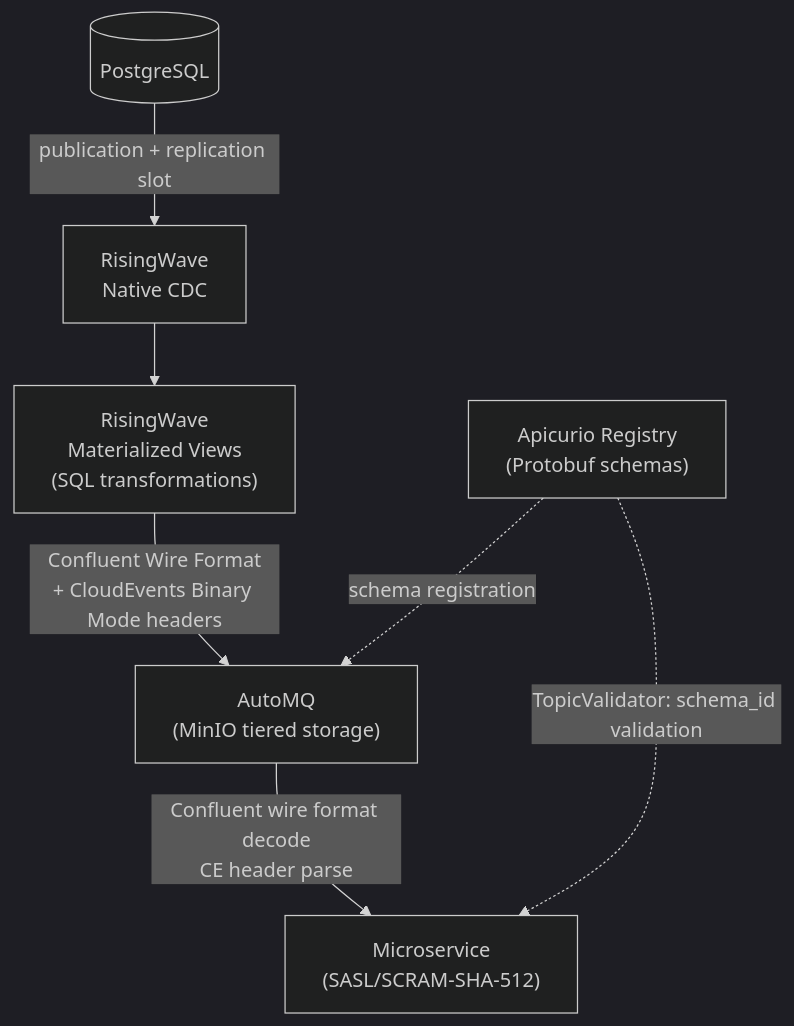
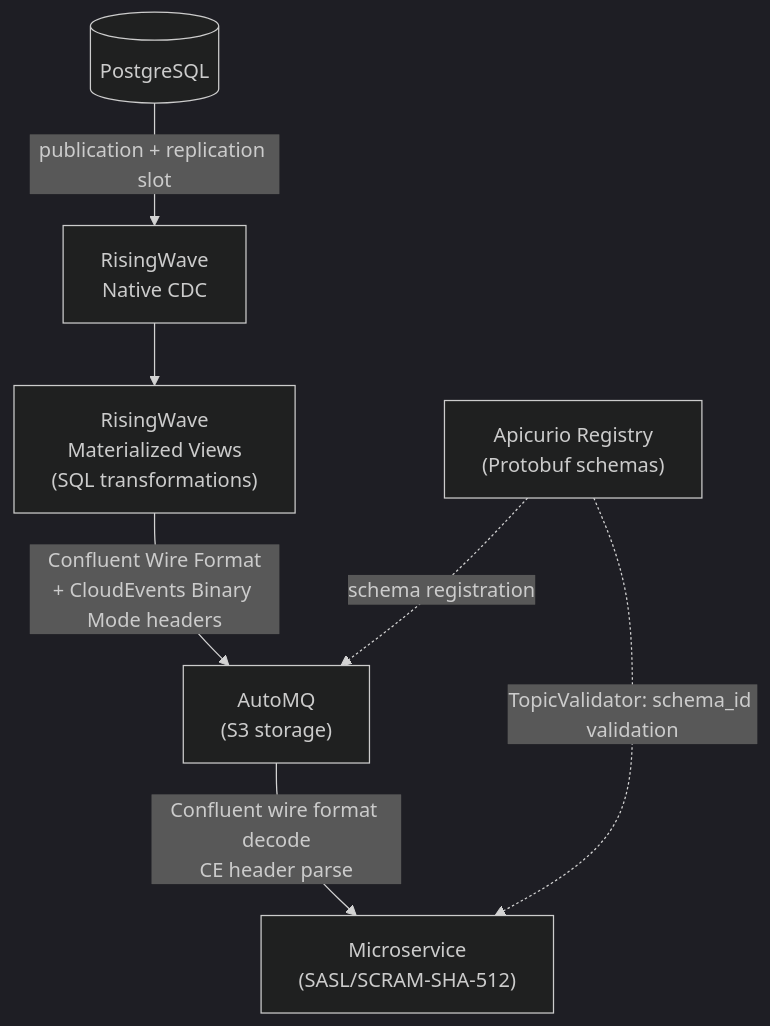
Before and after one commit to MathTrail/contracts: the diagram in README.md, drawn with Mermaid (dark theme).

````diff
--- a/README.md
+++ b/README.md
@@ -16,16 +16,16 @@
 ```mermaid
 flowchart TD
     PG[(PostgreSQL)]
     CDC[RisingWave\nNative CDC]
     MV["RisingWave\nMaterialized Views\n(SQL transformations)"]
-    AMQ["AutoMQ\n(MinIO tiered storage)"]
+    AMQ["AutoMQ\n(S3 storage)"]
     APR["Apicurio Registry\n(Protobuf schemas)"]
     MA["Microservice\n(SASL/SCRAM-SHA-512)"]
 
     PG -->|"publication + replication slot"| CDC
     CDC --> MV
     MV -->|"Confluent Wire Format\n+ CloudEvents Binary Mode headers"| AMQ
     APR -.->|"schema registration"| AMQ
     AMQ -->|"Confluent wire format decode\nCE header parse"| MA
     APR -.->|"TopicValidator: schema_id validation"| MA
 ```
````
